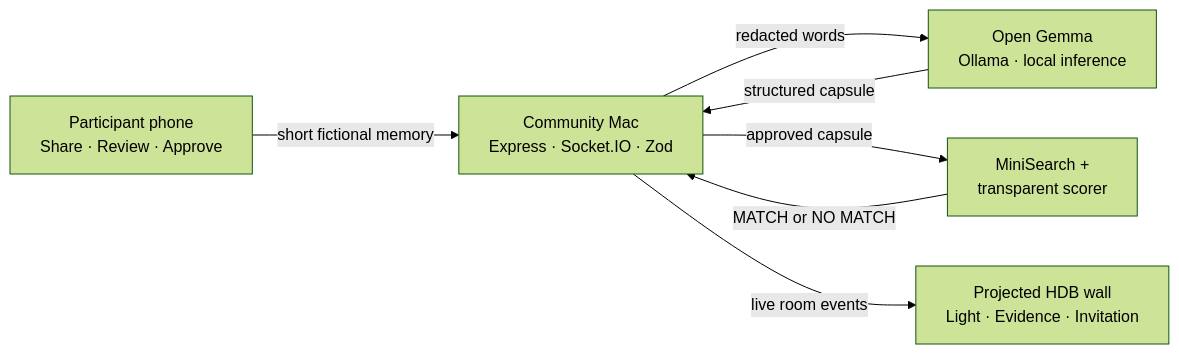
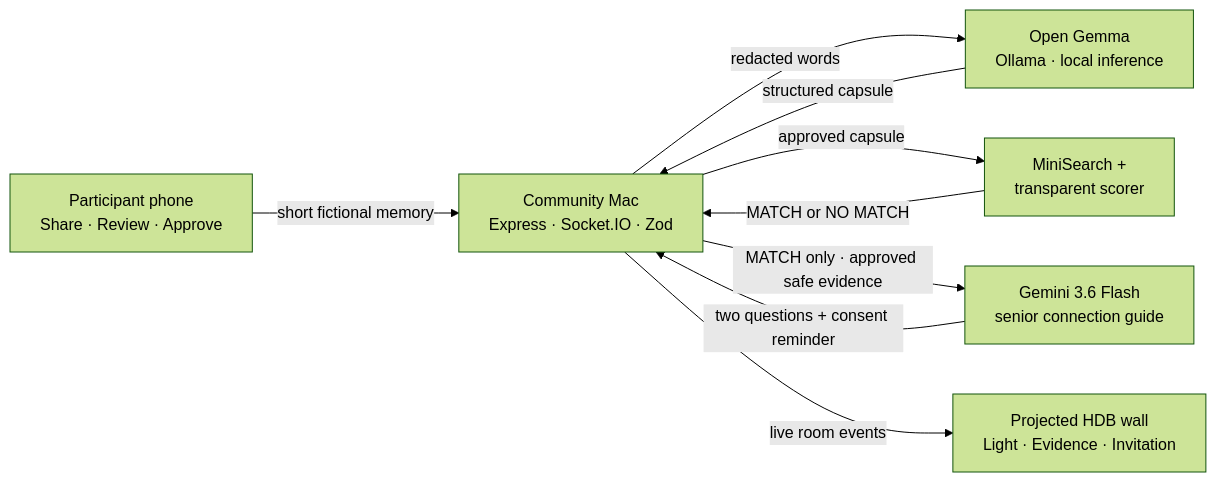
Before and after one commit to tanveerriaz/87k-windows: the diagram in README.md, drawn with Mermaid (forest theme). The commit also changed other lines of this file and 35 other files, not shown here.

Commit message:
feat: add Gemini senior connection bridge

````diff
--- a/README.md
+++ b/README.md
@@ -90,15 +97,18 @@
 ```mermaid
 flowchart LR
     Phone[Participant phone\nShare · Review · Approve]
     Server[Community Mac\nExpress · Socket.IO · Zod]
     Gemma[Open Gemma\nOllama · local inference]
     Match[MiniSearch +\ntransparent scorer]
+    Gemini[Gemini 3.6 Flash\nsenior connection guide]
     Wall[Projected HDB wall\nLight · Evidence · Invitation]
 
     Phone -->|short fictional memory| Server
     Server -->|redacted words| Gemma
     Gemma -->|structured capsule| Server
     Server -->|approved capsule| Match
     Match -->|MATCH or NO MATCH| Server
+    Server -->|MATCH only · approved safe evidence| Gemini
+    Gemini -->|two questions + consent reminder| Server
     Server -->|live room events| Wall
 ```
````
